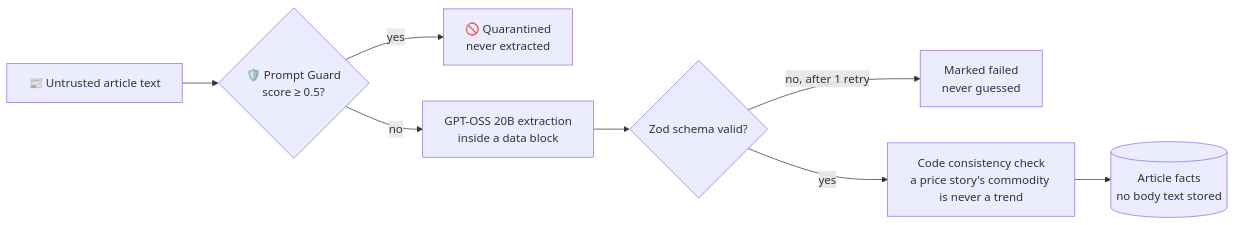
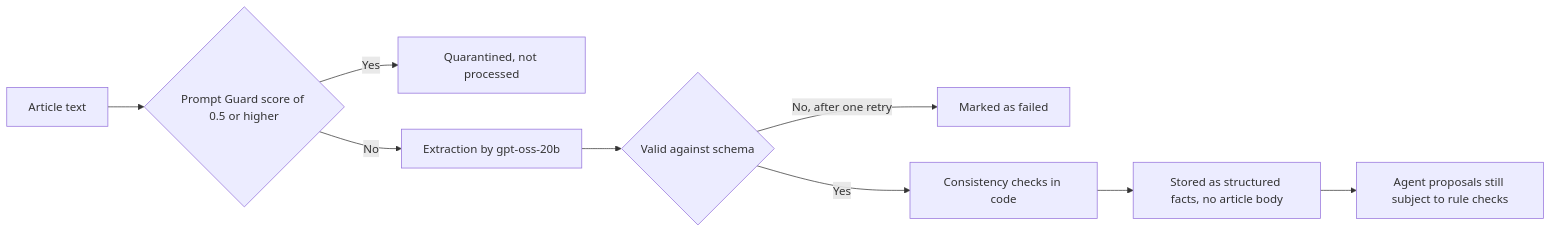
The sixth of 7 diagrams in README.md (manasx0705/Paypal_Hackathon-project), drawn with Mermaid before and after one commit. The commit also changed other lines of this file and 3 other files, not shown here.

````diff
--- a/README.md
+++ b/README.md
@@ -223,10 +223,11 @@
 ```mermaid
 flowchart LR
-    A["📰 Untrusted article text"] --> G{"🛡️ Prompt Guard<br/>score ≥ 0.5?"}
-    G -->|yes| Q["🚫 Quarantined<br/>never extracted"]
-    G -->|no| E["GPT-OSS 20B extraction<br/>inside a data block"]
-    E --> Z{"Zod schema valid?"}
-    Z -->|no, after 1 retry| F["Marked failed<br/>never guessed"]
-    Z -->|yes| C["Code consistency check<br/>a price story's commodity is never a trend"]
-    C --> D[("Article facts<br/>no body text stored")]
+    A[Article text] --> B{Prompt Guard score of 0.5 or higher}
+    B -->|Yes| C[Quarantined, not processed]
+    B -->|No| D[Extraction by gpt-oss-20b]
+    D --> E{Valid against schema}
+    E -->|No, after one retry| F[Marked as failed]
+    E -->|Yes| G[Consistency checks in code]
+    G --> H[Stored as structured facts, no article body]
+    H --> I[Agent proposals still subject to rule checks]
 ```
````
